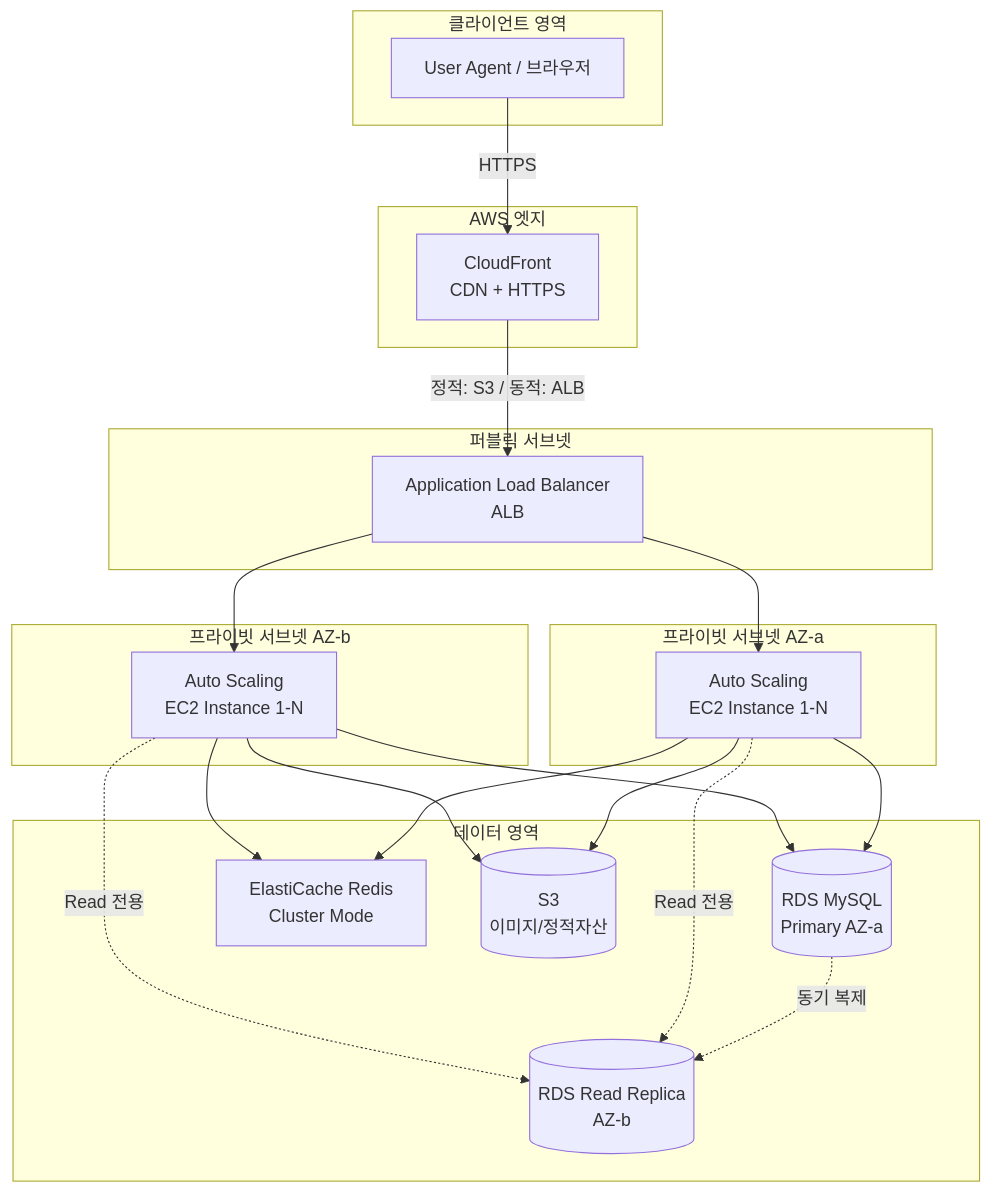
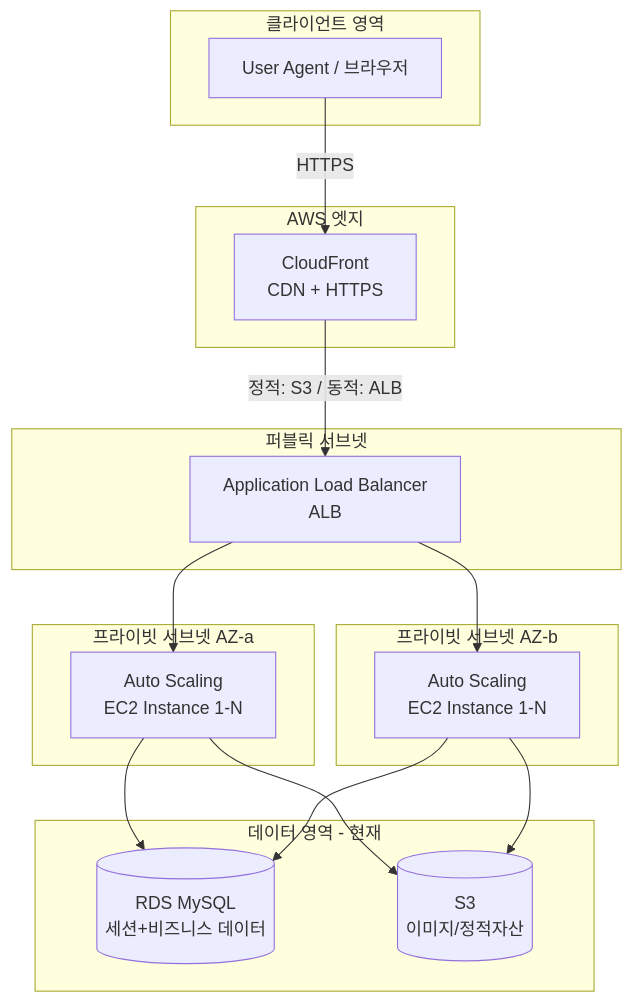
Before and after one commit to 80-hours-a-week/2-kyjness-community-be: the first of 3 diagrams in docs/infrastructure-reliability-design.md, drawn with Mermaid. The commit also changed other lines of this file and 30 other files, not shown here.

````diff
--- a/docs/infrastructure-reliability-design.md
+++ b/docs/infrastructure-reliability-design.md
@@ -33,43 +46,36 @@
 ```mermaid
 graph TD
     subgraph Client["클라이언트 영역"]
         UA[User Agent / 브라우저]
     end
 
     subgraph AWS_Edge["AWS 엣지"]
         CF[CloudFront<br/>CDN + HTTPS]
     end
 
     subgraph Public_Subnet["퍼블릭 서브넷"]
         ALB[Application Load Balancer<br/>ALB]
     end
 
     subgraph Private_Subnet_AZ1["프라이빗 서브넷 AZ-a"]
         ASG1[Auto Scaling<br/>EC2 Instance 1-N]
     end
 
     subgraph Private_Subnet_AZ2["프라이빗 서브넷 AZ-b"]
         ASG2[Auto Scaling<br/>EC2 Instance 1-N]
     end
 
-    subgraph Data_Plane["데이터 영역"]
-        RDS_Primary[(RDS MySQL<br/>Primary AZ-a)]
-        RDS_Replica[(RDS Read Replica<br/>AZ-b)]
-        Redis[ElastiCache Redis<br/>Cluster Mode]
+    subgraph Data_Plane["데이터 영역 - 현재"]
+        RDS[(RDS MySQL<br/>세션+비즈니스 데이터)]
         S3[(S3<br/>이미지/정적자산)]
     end
 
     UA -->|HTTPS| CF
     CF -->|정적: S3 / 동적: ALB| ALB
     ALB --> ASG1
     ALB --> ASG2
-    ASG1 --> RDS_Primary
-    ASG1 --> Redis
+    ASG1 --> RDS
     ASG1 --> S3
-    ASG2 --> RDS_Primary
-    ASG2 --> Redis
+    ASG2 --> RDS
     ASG2 --> S3
-    RDS_Primary -.->|동기 복제| RDS_Replica
-    ASG1 -.->|Read 전용| RDS_Replica
-    ASG2 -.->|Read 전용| RDS_Replica
 ```
````
